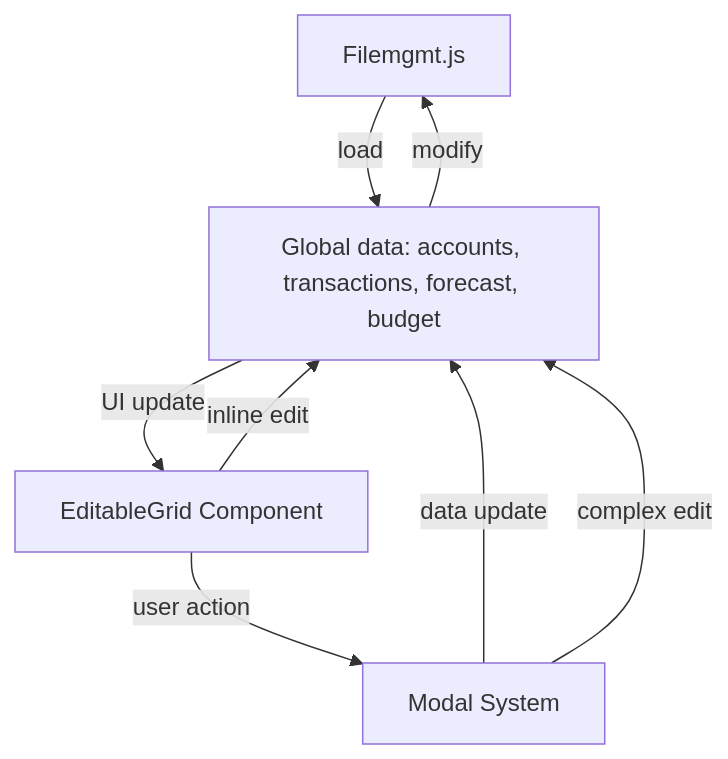
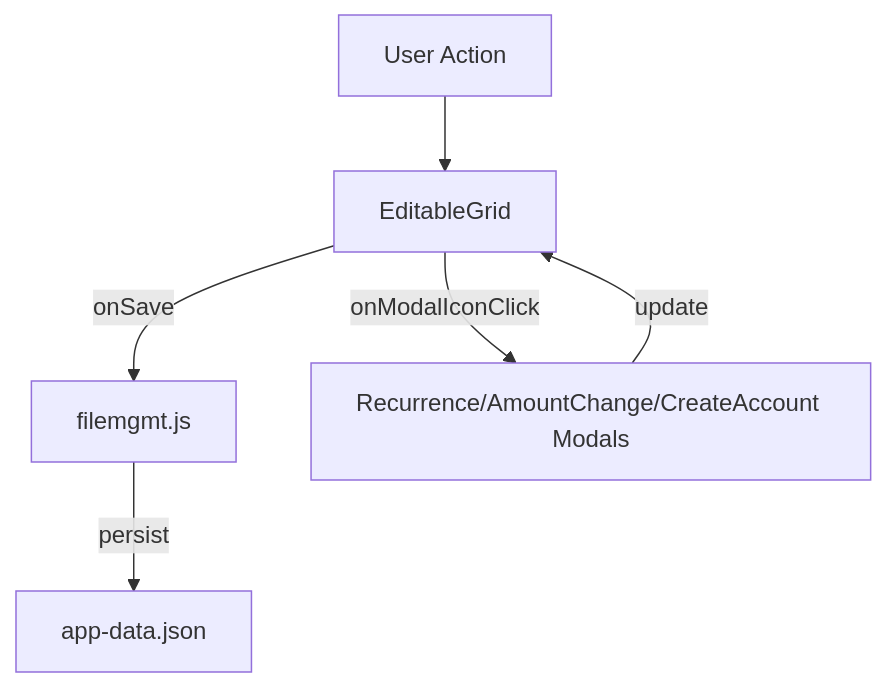
Before and after one commit to BicycleJeanre/ftrack: the second of 2 diagrams in Documentation/transactions.md, drawn with Mermaid. The commit also changed other lines of this file and 19 other files, not shown here.

````diff
--- a/Documentation/transactions.md
+++ b/Documentation/transactions.md
@@ -28,10 +47,8 @@
 ```mermaid
 flowchart TD
-  Filemgmt[Filemgmt.js] -->|load| AppData[Global data: accounts, transactions, forecast, budget]
-  AppData -->|modify| Filemgmt
-  AppData -->|UI update| TransactionsGrid[EditableGrid Component]
-  TransactionsGrid -->|user action| ModalsSystem[Modal System]
-  ModalsSystem -->|data update| AppData
-  TransactionsGrid -->|inline edit| AppData
-  ModalsSystem -->|complex edit| AppData
+  User[User Action] --> TransactionsGrid[EditableGrid]
+  TransactionsGrid -->|onSave| Filemgmt[filemgmt.js]
+  Filemgmt -->|persist| Disk[app-data.json]
+  TransactionsGrid -->|onModalIconClick| Modals[Recurrence/AmountChange/CreateAccount Modals]
+  Modals -->|update| TransactionsGrid
 ```
````
